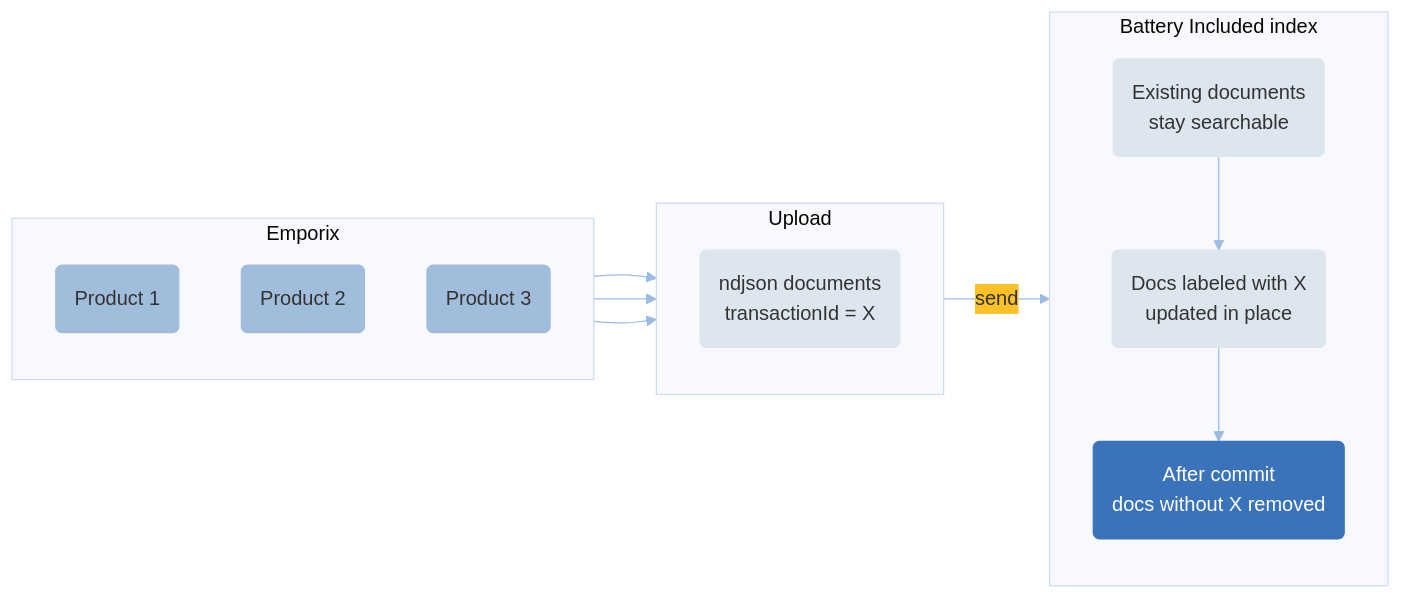
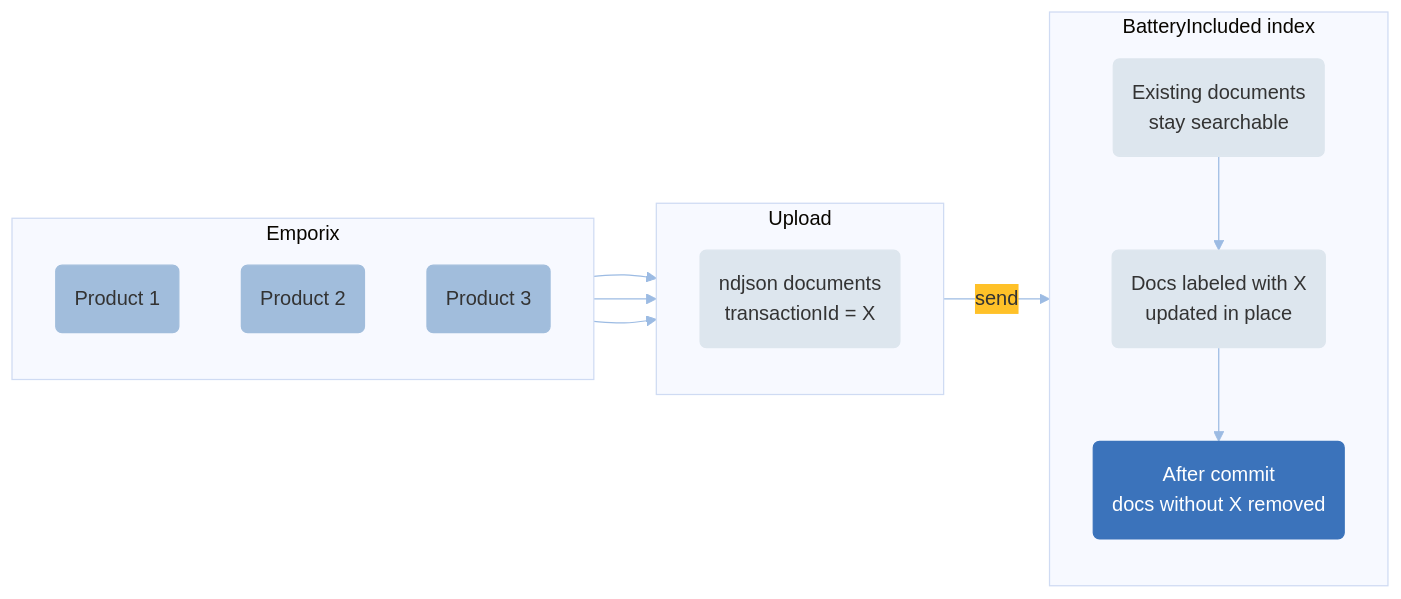
Before and after one commit to emporix/api-references: the diagram in configuration/indexing-service/indexing.md, drawn with Mermaid. The commit also changed other lines of this file and 3 other files, not shown here.

````diff
--- a/configuration/indexing-service/indexing.md
+++ b/configuration/indexing-service/indexing.md
@@ -749,55 +749,55 @@
 ```mermaid
 ---
 config:
   layout: fixed
   theme: base
   look: classic
   themeVariables:
     background: transparent
     lineColor: "#9CBBE3"
     arrowheadColor: "#9CBBE3"
     edgeLabelBackground: "#FFC128"
     edgeLabelTextColor: "#4C5359"
 ---
 flowchart LR
   subgraph EMP["Emporix"]
     direction TB
     P1["Product 1"]
     P2["Product 2"]
     P3["Product 3"]
   end
 
   subgraph UPLOAD["Upload"]
     direction TB
     ND["ndjson documents<br/>transactionId = X"]
   end
 
-  subgraph BI["Battery Included index"]
+  subgraph BI["BatteryIncluded index"]
     direction TB
     KEEP["Existing documents<br/>stay searchable"]
     LABELED["Docs labeled with X<br/>updated in place"]
     CLEAN["After commit<br/>docs without X removed"]
   end
 
   P1 --> ND
   P2 --> ND
   P3 --> ND
   ND -->|send| LABELED
   KEEP --> LABELED
   LABELED --> CLEAN
 
   P1@{ shape: rounded}
   P2@{ shape: rounded}
   P3@{ shape: rounded}
   ND@{ shape: rounded}
   KEEP@{ shape: rounded}
   LABELED@{ shape: rounded}
   CLEAN@{ shape: rounded}
 
   classDef Class_01 stroke-width:1px,stroke:#A1BDDC,fill:#A1BDDC
   classDef Class_02 stroke-width:1px,stroke:#DDE6EE,fill:#DDE6EE
   classDef Class_03 stroke-width:1px,stroke:#3B73BB,fill:#3B73BB,color:#FFFFFF
   class P1,P2,P3 Class_01
   class ND,KEEP,LABELED Class_02
   class CLEAN Class_03
 ```
````
